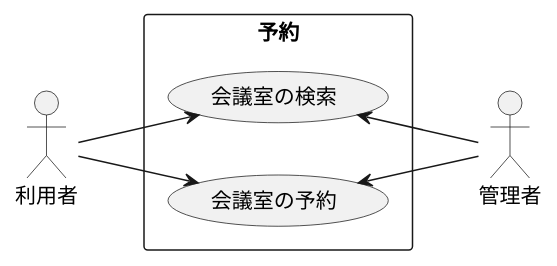
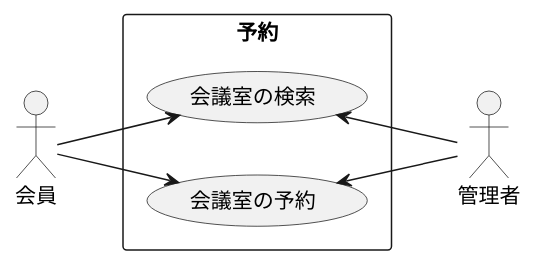
Before and after one commit to k2works/case-study-mrs: diagram 19 of 19 in docs/index.adoc, drawn with PlantUML. The commit also changed other lines of this file and 21 other files, not shown here.

```diff
--- a/docs/index.adoc
+++ b/docs/index.adoc
@@ -604,16 +632,16 @@
 [plantuml]
 ----
 @startuml
 left to right direction
-actor "利用者" as user
+actor "会員" as member
 actor "管理者" as admin
 rectangle 予約 {
   usecase "会議室の検索" as UC2
   usecase "会議室の予約" as UC3
 }
-user --> UC2
-user --> UC3
+member --> UC2
+member --> UC3
 UC2 <-- admin
 UC3 <-- admin
 @enduml
 ----
```
